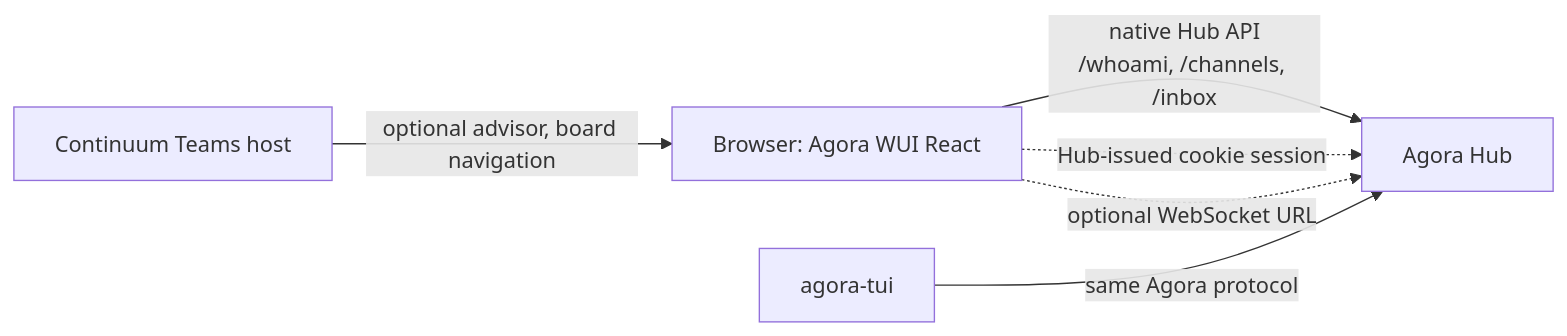
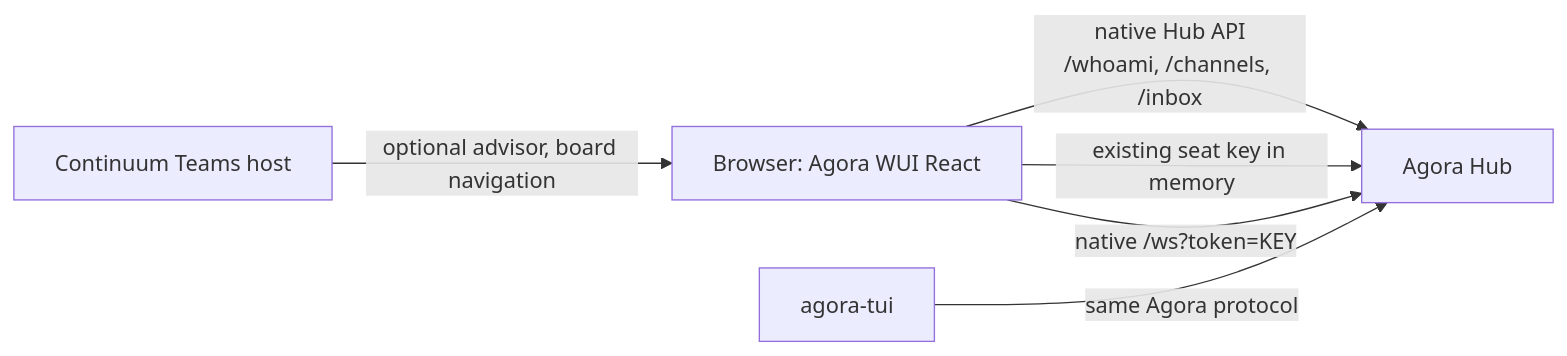
The diagram in docs/architecture.md (lpalbou/AgoraWUI), drawn with Mermaid before and after one commit. The commit also changed other lines of this file and 13 other files, not shown here.

````diff
--- a/docs/architecture.md
+++ b/docs/architecture.md
@@ -5,8 +5,8 @@
 ```mermaid
 flowchart LR
   Browser[Browser: Agora WUI React] -->|native Hub API\n/whoami, /channels, /inbox| Hub[Agora Hub]
-  Browser -. Hub-issued cookie session .-> Hub
-  Browser -. optional WebSocket URL .-> Hub
+  Browser -->|existing seat key in memory| Hub
+  Browser -->|native /ws?token=KEY| Hub
   TUI[agora-tui] -->|same Agora protocol| Hub
   Continuum[Continuum Teams host] -->|optional advisor, board navigation| Browser
 ```
````
